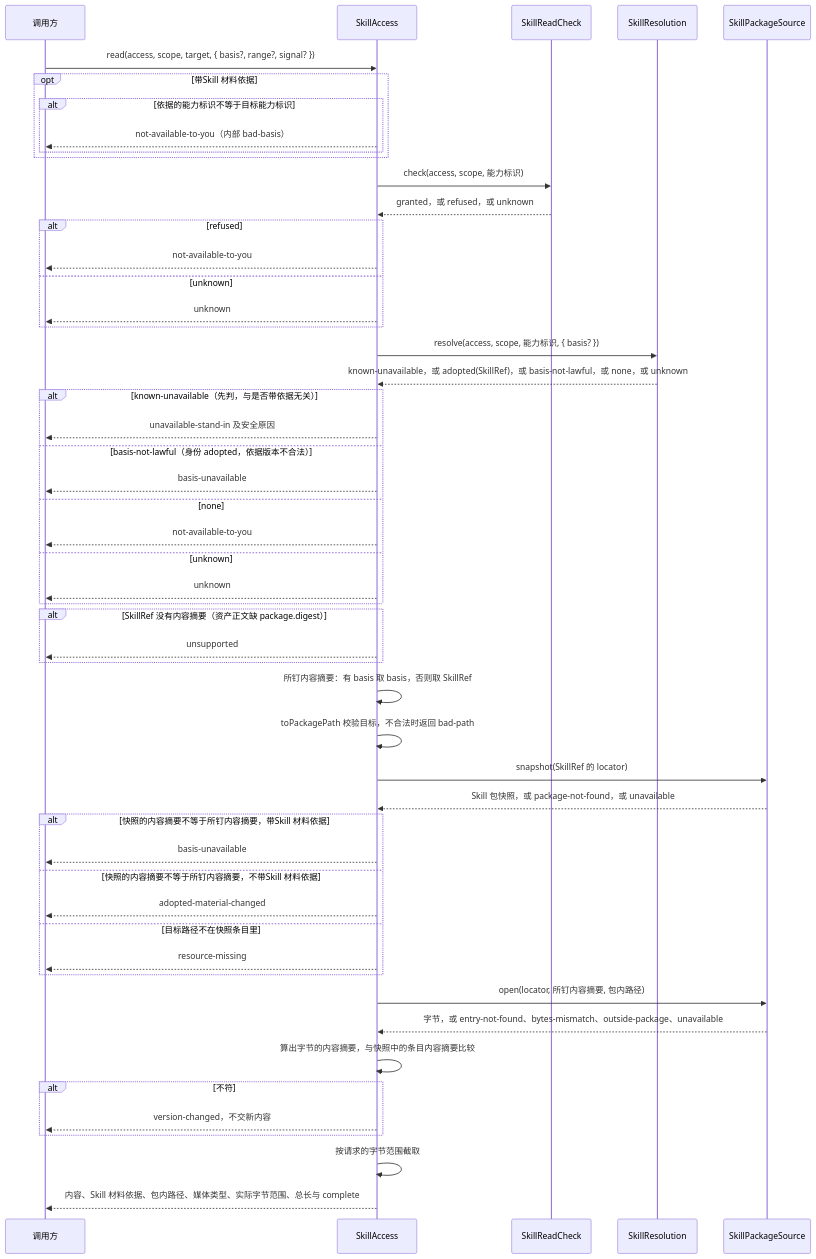
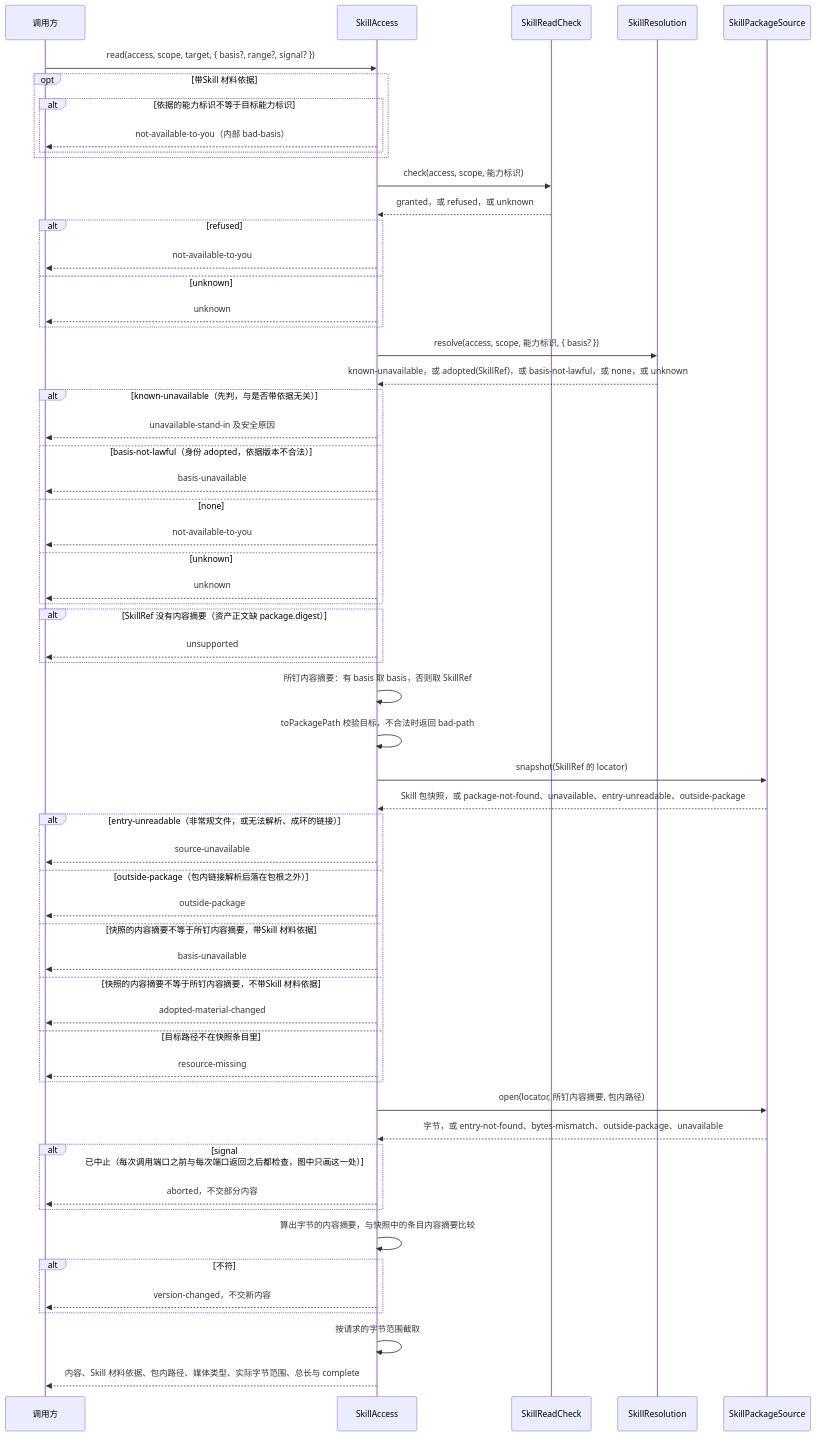
One commit to nemori-ai/omne-harness-lite changed the third of 4 diagrams in packages/skills/docs/key-flows.md. Above: the diagram before and after it, drawn with Mermaid. The commit also changed other lines of this file and 2 other files, not shown here.

````diff
--- a/packages/skills/docs/key-flows.md
+++ b/packages/skills/docs/key-flows.md
@@ -80,54 +84,61 @@
 ```mermaid
 sequenceDiagram
   participant C as 调用方
   participant A as SkillAccess
   participant E as SkillReadCheck
   participant V as SkillResolution
   participant S as SkillPackageSource
   C->>A: read(access, scope, target, { basis?, range?, signal? })
   opt 带Skill 材料依据
     alt 依据的能力标识不等于目标能力标识
       A-->>C: not-available-to-you（内部 bad-basis）
     end
   end
   A->>E: check(access, scope, 能力标识)
   E-->>A: granted，或 refused，或 unknown
   alt refused
     A-->>C: not-available-to-you
   else unknown
     A-->>C: unknown
   end
   A->>V: resolve(access, scope, 能力标识, { basis? })
   V-->>A: known-unavailable，或 adopted(SkillRef)，或 basis-not-lawful，或 none，或 unknown
   alt known-unavailable（先判，与是否带依据无关）
     A-->>C: unavailable-stand-in 及安全原因
   else basis-not-lawful（身份 adopted，依据版本不合法）
     A-->>C: basis-unavailable
   else none
     A-->>C: not-available-to-you
   else unknown
     A-->>C: unknown
   end
   alt SkillRef 没有内容摘要（资产正文缺 package.digest）
     A-->>C: unsupported
   end
   A->>A: 所钉内容摘要：有 basis 取 basis，否则取 SkillRef
   A->>A: toPackagePath 校验目标，不合法时返回 bad-path
   A->>S: snapshot(SkillRef 的 locator)
-  S-->>A: Skill 包快照，或 package-not-found，或 unavailable
-  alt 快照的内容摘要不等于所钉内容摘要，带Skill 材料依据
+  S-->>A: Skill 包快照，或 package-not-found、unavailable、entry-unreadable、outside-package
+  alt entry-unreadable（非常规文件，或无法解析、成环的链接）
+    A-->>C: source-unavailable
+  else outside-package（包内链接解析后落在包根之外）
+    A-->>C: outside-package
+  else 快照的内容摘要不等于所钉内容摘要，带Skill 材料依据
     A-->>C: basis-unavailable
   else 快照的内容摘要不等于所钉内容摘要，不带Skill 材料依据
     A-->>C: adopted-material-changed
   else 目标路径不在快照条目里
     A-->>C: resource-missing
   end
   A->>S: open(locator, 所钉内容摘要, 包内路径)
   S-->>A: 字节，或 entry-not-found、bytes-mismatch、outside-package、unavailable
+  alt signal 已中止（每次调用端口之前与每次端口返回之后都检查，图中只画这一处）
+    A-->>C: aborted，不交部分内容
+  end
   A->>A: 算出字节的内容摘要，与快照中的条目内容摘要比较
   alt 不符
     A-->>C: version-changed，不交新内容
   end
   A->>A: 按请求的字节范围截取
   A-->>C: 内容、Skill 材料依据、包内路径、媒体类型、实际字节范围、总长与 complete
 ```
````
